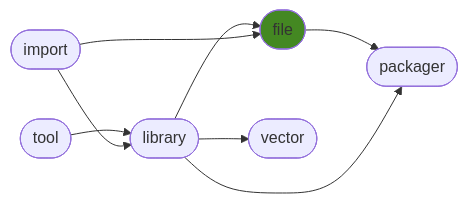
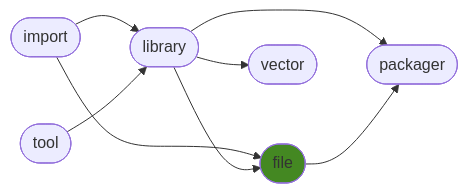
The diagram in README.md (ManderaGeneral/generalfile), drawn with Mermaid before and after one commit. The commit also changed other lines of this file, not shown here.

````diff
--- a/README.md
+++ b/README.md
@@ -24,17 +24,17 @@
 ```mermaid
 flowchart LR
-3([file]) --> 5([packager])
-2([library]) --> 3([file])
-1([tool]) --> 2([library])
 2([library]) --> 5([packager])
+0([import]) --> 3([file])
 2([library]) --> 4([vector])
 0([import]) --> 2([library])
-0([import]) --> 3([file])
+1([tool]) --> 2([library])
+2([library]) --> 3([file])
+3([file]) --> 5([packager])
 click 0 "https://github.com/ManderaGeneral/generalimport"
 click 1 "https://github.com/ManderaGeneral/generaltool"
 click 2 "https://github.com/ManderaGeneral/generallibrary"
 click 3 "https://github.com/ManderaGeneral/generalfile"
 click 4 "https://github.com/ManderaGeneral/generalvector"
 click 5 "https://github.com/ManderaGeneral/generalpackager"
 style 3 fill:#482
 ```
````
